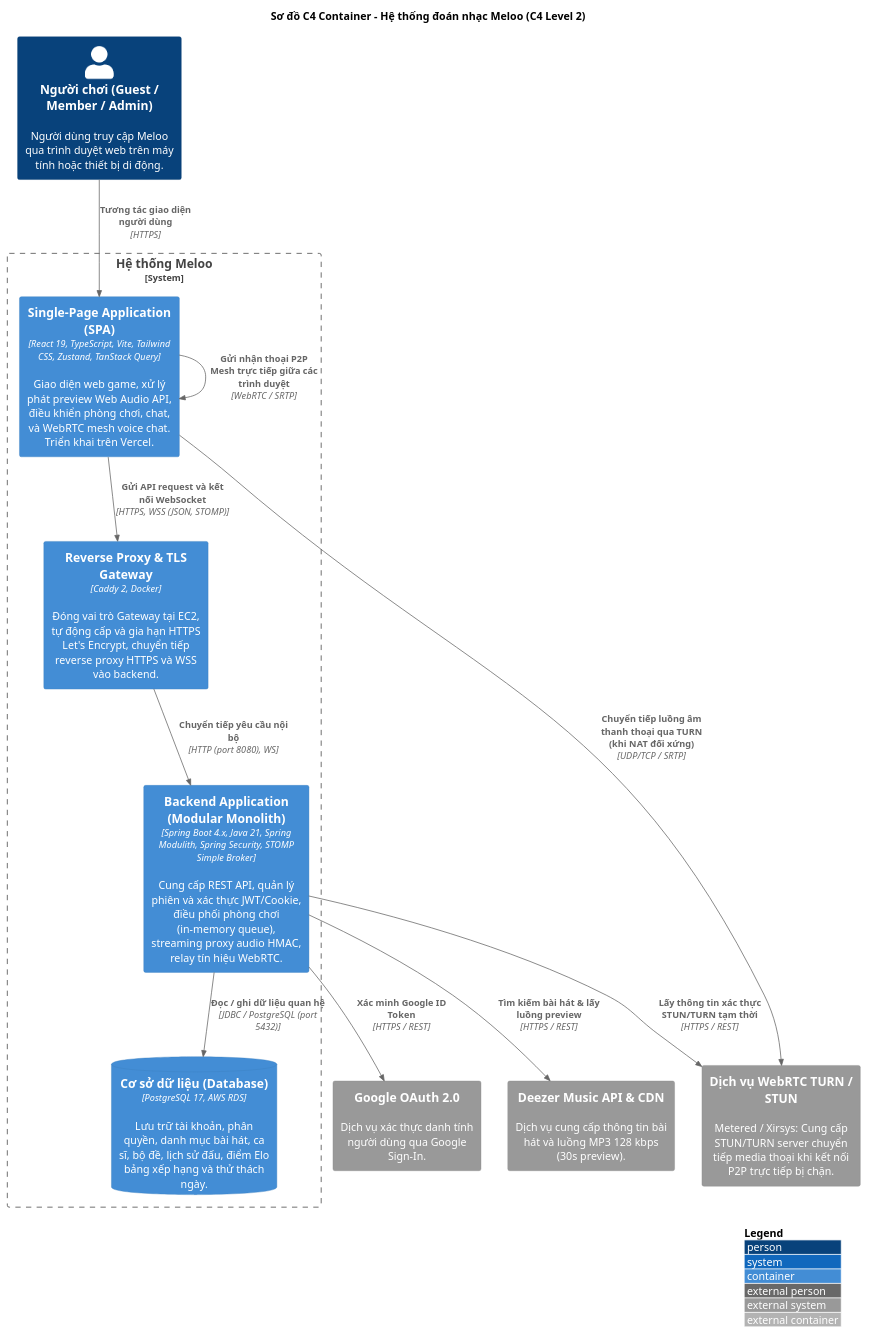
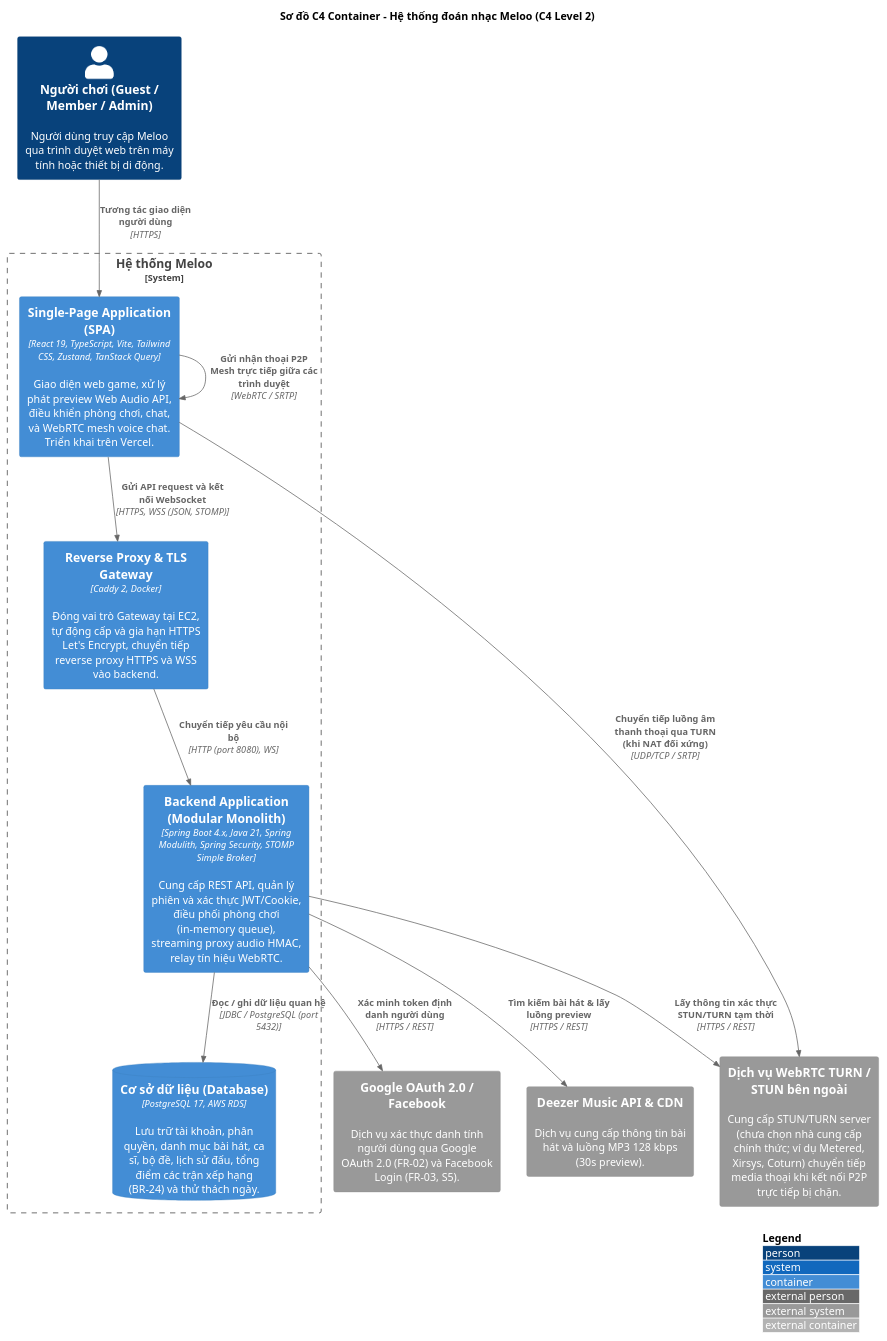
Before and after one commit to ThaiDevv/meloo: the diagram in docs/uml/c4/c4-container.puml, drawn with PlantUML. The commit also changed 9 other files, not shown here.

Commit message:
docs(architecture): cập nhật tài liệu kiến trúc và sơ đồ theo review vòng 1

```diff
--- a/docs/uml/c4/c4-container.puml
+++ b/docs/uml/c4/c4-container.puml
@@ -1,36 +1,36 @@
 @startuml c4-container
 !include <C4/C4_Container>
 
 LAYOUT_WITH_LEGEND()
 
 title Sơ đồ C4 Container - Hệ thống đoán nhạc Meloo (C4 Level 2)
 
 Person(user, "Người chơi (Guest / Member / Admin)", "Người dùng truy cập Meloo qua trình duyệt web trên máy tính hoặc thiết bị di động.")
 
 System_Boundary(c1, "Hệ thống Meloo") {
     Container(fe, "Single-Page Application (SPA)", "React 19, TypeScript, Vite, Tailwind CSS, Zustand, TanStack Query", "Giao diện web game, xử lý phát preview Web Audio API, điều khiển phòng chơi, chat, và WebRTC mesh voice chat. Triển khai trên Vercel.")
     
     Container(caddy, "Reverse Proxy & TLS Gateway", "Caddy 2, Docker", "Đóng vai trò Gateway tại EC2, tự động cấp và gia hạn HTTPS Let's Encrypt, chuyển tiếp reverse proxy HTTPS và WSS vào backend.")
     
     Container(be, "Backend Application (Modular Monolith)", "Spring Boot 4.x, Java 21, Spring Modulith, Spring Security, STOMP Simple Broker", "Cung cấp REST API, quản lý phiên và xác thực JWT/Cookie, điều phối phòng chơi (in-memory queue), streaming proxy audio HMAC, relay tín hiệu WebRTC.")
     
-    ContainerDb(db, "Cơ sở dữ liệu (Database)", "PostgreSQL 17, AWS RDS", "Lưu trữ tài khoản, phân quyền, danh mục bài hát, ca sĩ, bộ đề, lịch sử đấu, điểm Elo bảng xếp hạng và thử thách ngày.")
+    ContainerDb(db, "Cơ sở dữ liệu (Database)", "PostgreSQL 17, AWS RDS", "Lưu trữ tài khoản, phân quyền, danh mục bài hát, ca sĩ, bộ đề, lịch sử đấu, tổng điểm các trận xếp hạng (BR-24) và thử thách ngày.")
 }
 
-System_Ext(google, "Google OAuth 2.0", "Dịch vụ xác thực danh tính người dùng qua Google Sign-In.")
+System_Ext(auth_providers, "Google OAuth 2.0 / Facebook", "Dịch vụ xác thực danh tính người dùng qua Google OAuth 2.0 (FR-02) và Facebook Login (FR-03, S5).")
 System_Ext(deezer, "Deezer Music API & CDN", "Dịch vụ cung cấp thông tin bài hát và luồng MP3 128 kbps (30s preview).")
-System_Ext(turn, "Dịch vụ WebRTC TURN / STUN", "Metered / Xirsys: Cung cấp STUN/TURN server chuyển tiếp media thoại khi kết nối P2P trực tiếp bị chặn.")
+System_Ext(turn, "Dịch vụ WebRTC TURN / STUN bên ngoài", "Cung cấp STUN/TURN server (chưa chọn nhà cung cấp chính thức; ví dụ Metered, Xirsys, Coturn) chuyển tiếp media thoại khi kết nối P2P trực tiếp bị chặn.")
 
 Rel(user, fe, "Tương tác giao diện người dùng", "HTTPS")
 Rel(fe, caddy, "Gửi API request và kết nối WebSocket", "HTTPS, WSS (JSON, STOMP)")
 Rel(caddy, be, "Chuyển tiếp yêu cầu nội bộ", "HTTP (port 8080), WS")
 Rel(be, db, "Đọc / ghi dữ liệu quan hệ", "JDBC / PostgreSQL (port 5432)")
 
-Rel(be, google, "Xác minh Google ID Token", "HTTPS / REST")
+Rel(be, auth_providers, "Xác minh token định danh người dùng", "HTTPS / REST")
 Rel(be, deezer, "Tìm kiếm bài hát & lấy luồng preview", "HTTPS / REST")
 Rel(be, turn, "Lấy thông tin xác thực STUN/TURN tạm thời", "HTTPS / REST")
 
 Rel(fe, turn, "Chuyển tiếp luồng âm thanh thoại qua TURN (khi NAT đối xứng)", "UDP/TCP / SRTP")
 Rel(fe, fe, "Gửi nhận thoại P2P Mesh trực tiếp giữa các trình duyệt", "WebRTC / SRTP")
 
 @enduml
```
